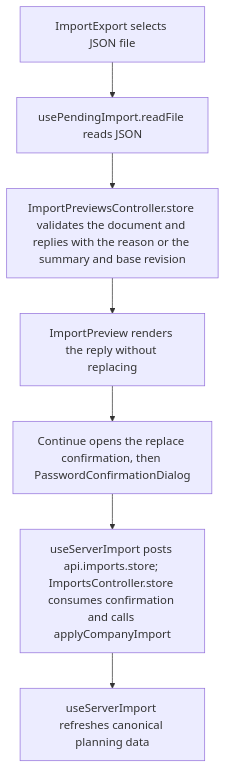
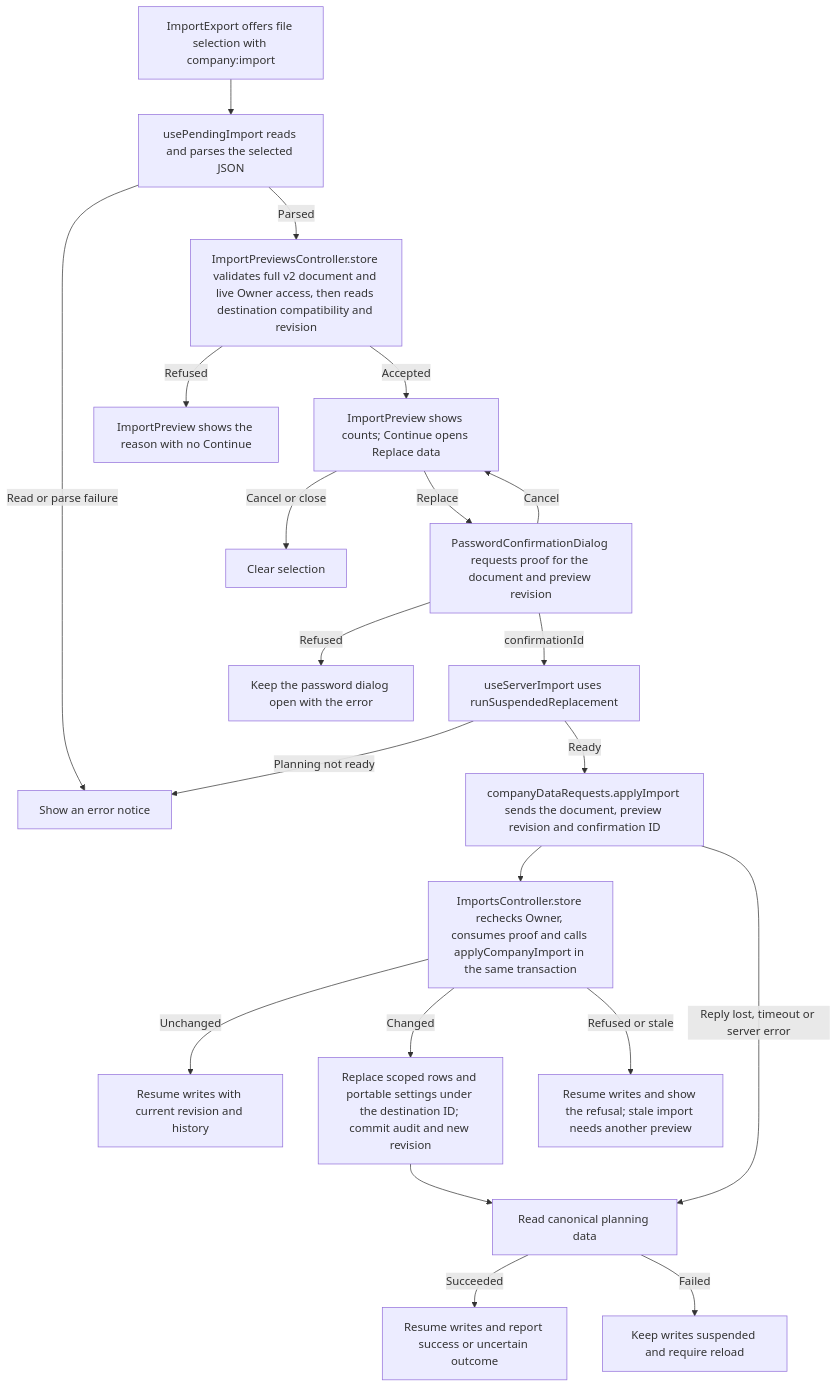
Before and after one commit to Kevinjohn/capacitylens: the second of 2 diagrams in user-stories/data/US-DAT-02-import-json.md, drawn with Mermaid. The commit also changed other lines of this file and 172 other files, not shown here.

Commit message:
docs: reconcile user story code flows with source

````diff
--- a/user-stories/data/US-DAT-02-import-json.md
+++ b/user-stories/data/US-DAT-02-import-json.md
@@ -36,9 +36,23 @@
 ```mermaid
 flowchart TD
-  file["ImportExport selects JSON file"] --> parse["usePendingImport.readFile reads JSON"]
-  parse --> serverBoundary["ImportPreviewsController.store validates the document and replies with the reason or the summary and base revision"]
-  serverBoundary --> preview["ImportPreview renders the reply without replacing"]
-  preview --> confirm["Continue opens the replace confirmation, then PasswordConfirmationDialog"]
-  confirm --> apply["useServerImport posts api.imports.store; ImportsController.store consumes confirmation and calls applyCompanyImport"]
-  apply --> refresh["useServerImport refreshes canonical planning data"]
+  entry["ImportExport offers file selection with company:import"] --> parse["usePendingImport reads and parses the selected JSON"]
+  parse -->|Read or parse failure| notice["Show an error notice"]
+  parse -->|Parsed| preview["ImportPreviewsController.store validates full v2 document and live Owner access, then reads destination compatibility and revision"]
+  preview -->|Refused| refusedPreview["ImportPreview shows the reason with no Continue"]
+  preview -->|Accepted| continueButton["ImportPreview shows counts; Continue opens Replace data"]
+  continueButton -->|Cancel or close| clear["Clear selection"]
+  continueButton -->|Replace| proof["PasswordConfirmationDialog requests proof for the document and preview revision"]
+  proof -->|Cancel| continueButton
+  proof -->|Refused| proofError["Keep the password dialog open with the error"]
+  proof -->|confirmationId| suspend["useServerImport uses runSuspendedReplacement"]
+  suspend -->|Planning not ready| notice
+  suspend -->|Ready| dispatch["companyDataRequests.applyImport sends the document, preview revision and confirmation ID"]
+  dispatch --> apply["ImportsController.store rechecks Owner, consumes proof and calls applyCompanyImport in the same transaction"]
+  apply -->|Unchanged| resume["Resume writes with current revision and history"]
+  apply -->|Changed| replace["Replace scoped rows and portable settings under the destination ID; commit audit and new revision"]
+  apply -->|Refused or stale| retry["Resume writes and show the refusal; stale import needs another preview"]
+  replace --> refresh["Read canonical planning data"]
+  dispatch -->|Reply lost, timeout or server error| refresh
+  refresh -->|Succeeded| report["Resume writes and report success or uncertain outcome"]
+  refresh -->|Failed| reload["Keep writes suspended and require reload"]
 ```
````
